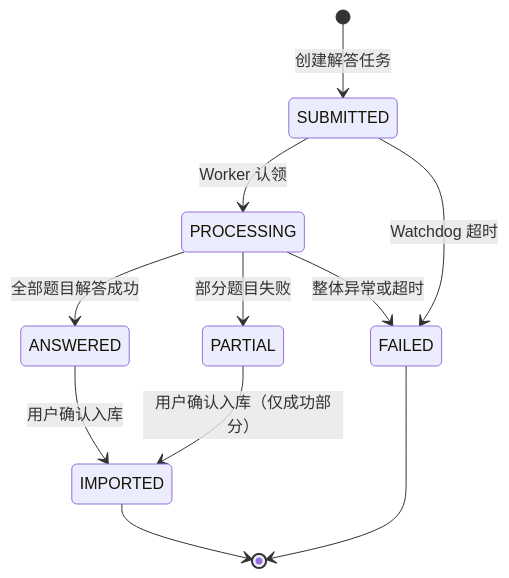
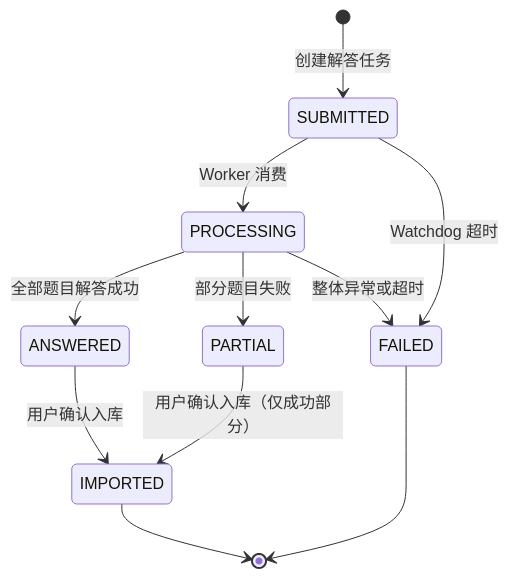
Before and after one commit to C1ouDreamW/iShua_backend: the second of 2 diagrams in docs/AI_ANSWER_FLOW.md, drawn with Mermaid. The commit also changed other lines of this file and 45 other files, not shown here.

````diff
--- a/docs/AI_ANSWER_FLOW.md
+++ b/docs/AI_ANSWER_FLOW.md
@@ -184,13 +57,13 @@
 ```mermaid
 stateDiagram-v2
     [*] --> SUBMITTED: 创建解答任务
-    SUBMITTED --> PROCESSING: Worker 认领
+    SUBMITTED --> PROCESSING: Worker 消费
     PROCESSING --> ANSWERED: 全部题目解答成功
     PROCESSING --> PARTIAL: 部分题目失败
     PROCESSING --> FAILED: 整体异常或超时
     SUBMITTED --> FAILED: Watchdog 超时
     ANSWERED --> IMPORTED: 用户确认入库
     PARTIAL --> IMPORTED: 用户确认入库（仅成功部分）
     FAILED --> [*]
     IMPORTED --> [*]
 ```
````
